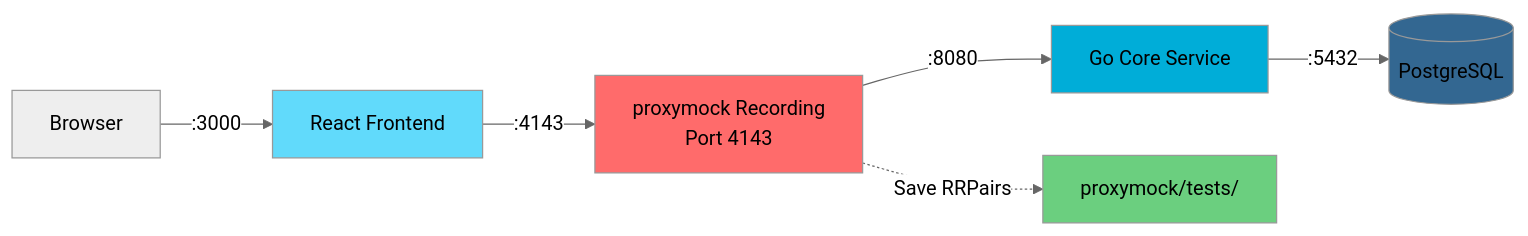
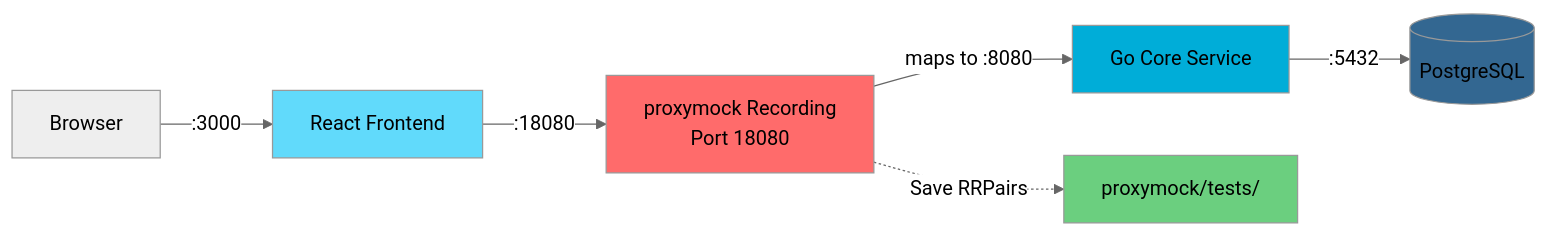
One commit to kenahrens/crm-demo changed the second of 5 diagrams in proxymock/instructions.md. Above: the diagram before and after it, drawn with Mermaid (neutral theme). The commit also changed other lines of this file and 20 other files, not shown here.

````diff
--- a/proxymock/instructions.md
+++ b/proxymock/instructions.md
@@ -127,15 +130,15 @@
 ```mermaid
 graph LR
     Browser[Browser] -->|:3000| Frontend[React Frontend]
-    Frontend -->|:4143| PMRec[proxymock Recording<br/>Port 4143]
-    PMRec -->|:8080| CoreService[Go Core Service]
+    Frontend -->|:18080| PMRec[proxymock Recording<br/>Port 18080]
+    PMRec -->|maps to :8080| CoreService[Go Core Service]
     CoreService -->|:5432| Postgres[(PostgreSQL)]
-    
+
     PMRec -.->|Save RRPairs| TestFiles[proxymock/tests/]
-    
+
     style Frontend fill:#61dafb
     style PMRec fill:#ff6b6b
     style CoreService fill:#00add8
     style Postgres fill:#336791
     style TestFiles fill:#6bcf7f
 ```
````
